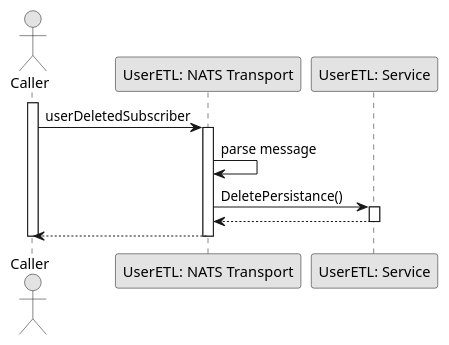
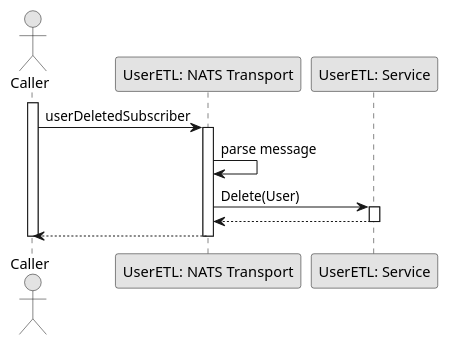
The diagram in Sequence/Release02/EVENT_SubscribeUserDelete.wsd (fwidjaya20/fazzlearning-uml), drawn with PlantUML before and after one commit. The commit also changed 4 other files, not shown here.

```diff
--- a/Sequence/Release02/EVENT_SubscribeUserDelete.wsd
+++ b/Sequence/Release02/EVENT_SubscribeUserDelete.wsd
@@ -1,25 +1,25 @@
 @startuml SubscribeUserDeleted
 
 skinparam ConditionStyle hline
 skinparam Monochrome true
 skinparam Shadowing false
 
 actor Caller
 participant "UserETL: NATS Transport" as UserETLNATSTransport
 participant "UserETL: Service" as UserETLService
 
 activate Caller
 
 Caller->UserETLNATSTransport: userDeletedSubscriber
 activate UserETLNATSTransport
 UserETLNATSTransport->UserETLNATSTransport: parse message
-UserETLNATSTransport->UserETLService: DeletePersistance()
+UserETLNATSTransport->UserETLService: Delete(User)
 activate UserETLService
 UserETLService-->UserETLNATSTransport
 deactivate UserETLService
 UserETLNATSTransport-->Caller
 deactivate UserETLNATSTransport
 
 deactivate Caller
 
 @enduml
```
